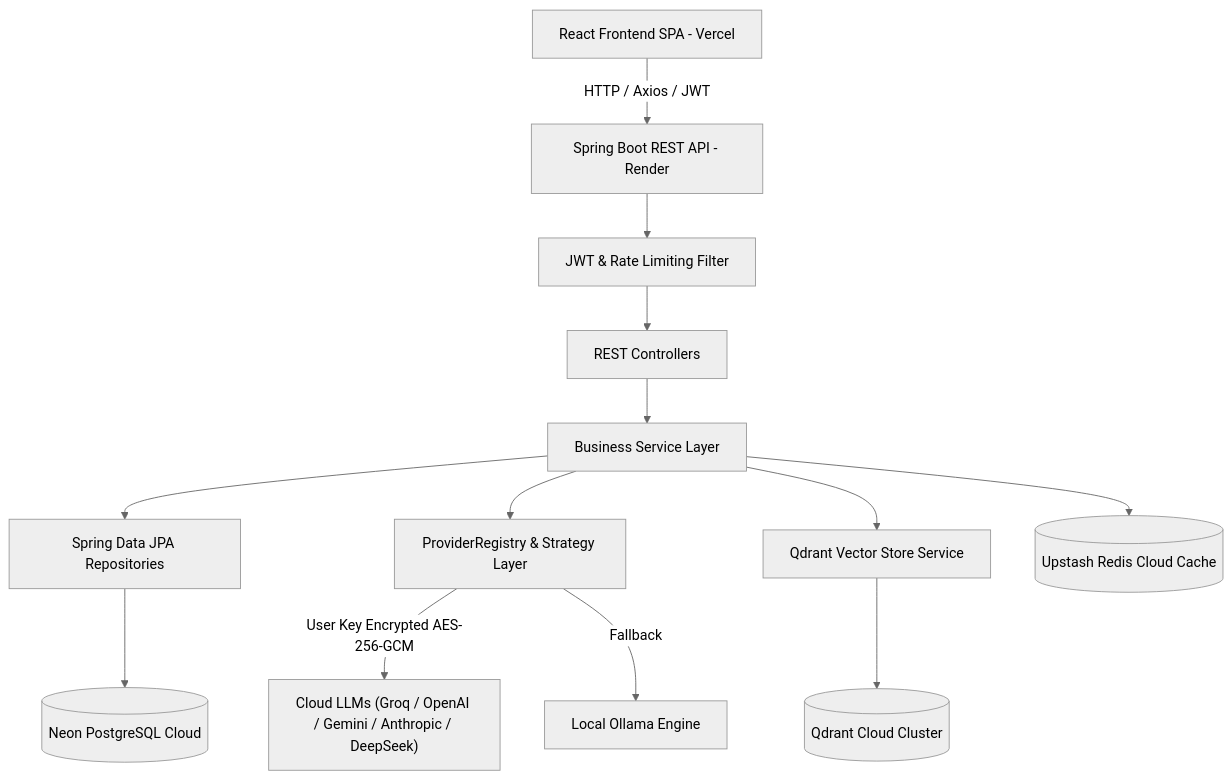
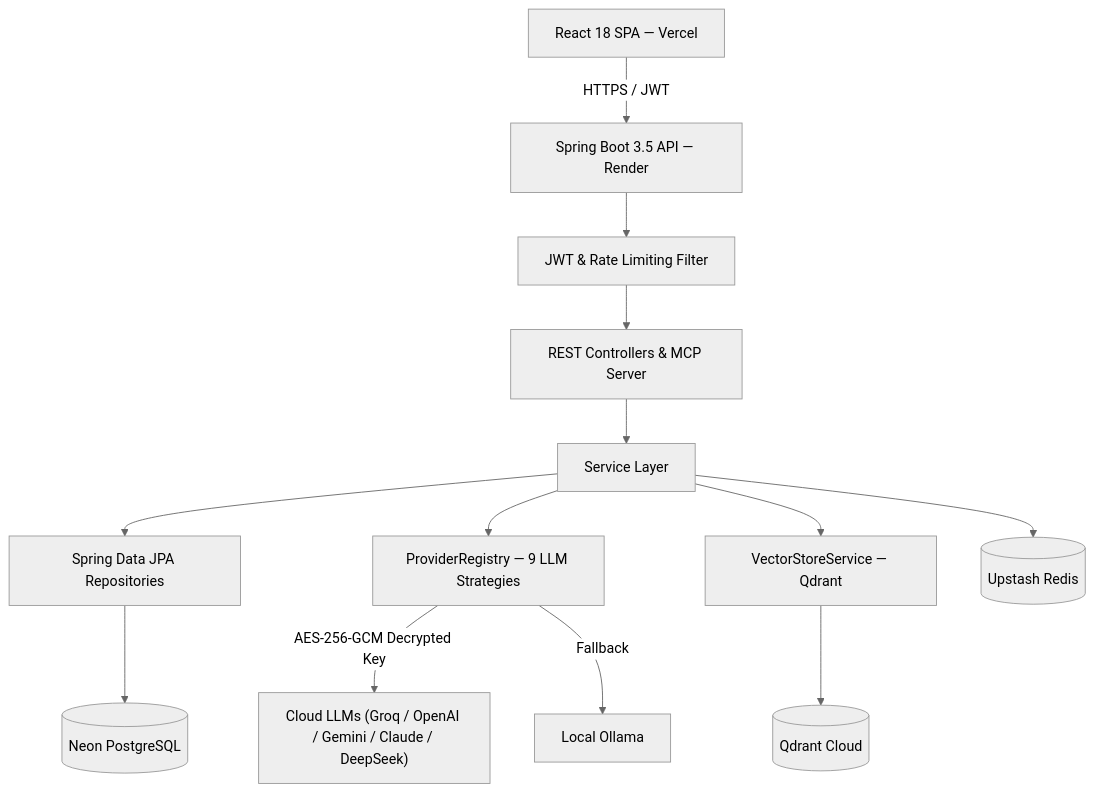
Before and after one commit to Dheerajdvn/AI-School-Management-System: the diagram in README.md, drawn with Mermaid (neutral theme). The commit also changed other lines of this file and 84 other files, not shown here.

Commit message:
feat: add MCP server, theme enhancements, and streamlined documentation

````diff
--- a/README.md
+++ b/README.md
@@ -71,17 +39,17 @@
 ```mermaid
 graph TD
-    Client[React Frontend SPA - Vercel] -->|HTTP / Axios / JWT| Gateway[Spring Boot REST API - Render]
+    Client[React 18 SPA — Vercel] -->|HTTPS / JWT| Gateway[Spring Boot 3.5 API — Render]
     Gateway --> SecurityFilter[JWT & Rate Limiting Filter]
-    SecurityFilter --> Controllers[REST Controllers]
-    Controllers --> Services[Business Service Layer]
+    SecurityFilter --> Controllers[REST Controllers & MCP Server]
+    Controllers --> Services[Service Layer]
     Services --> Repositories[Spring Data JPA Repositories]
-    Services --> ProviderRegistry[ProviderRegistry & Strategy Layer]
-    Services --> VectorStore[Qdrant Vector Store Service]
+    Services --> ProviderRegistry[ProviderRegistry — 9 LLM Strategies]
+    Services --> VectorStore[VectorStoreService — Qdrant]
     
-    ProviderRegistry -->|User Key Encrypted AES-256-GCM| CloudLLM["Cloud LLMs (Groq / OpenAI / Gemini / Anthropic / DeepSeek)"]
-    ProviderRegistry -->|Fallback| Ollama[Local Ollama Engine]
+    ProviderRegistry -->|AES-256-GCM Decrypted Key| CloudLLM["Cloud LLMs (Groq / OpenAI / Gemini / Claude / DeepSeek)"]
+    ProviderRegistry -->|Fallback| Ollama[Local Ollama]
     
-    VectorStore --> QdrantCloud[(Qdrant Cloud Cluster)]
-    Repositories --> Database[(Neon PostgreSQL Cloud)]
-    Services --> Redis[(Upstash Redis Cloud Cache)]
+    VectorStore --> QdrantCloud[(Qdrant Cloud)]
+    Repositories --> Database[(Neon PostgreSQL)]
+    Services --> Redis[(Upstash Redis)]
 ```
````
